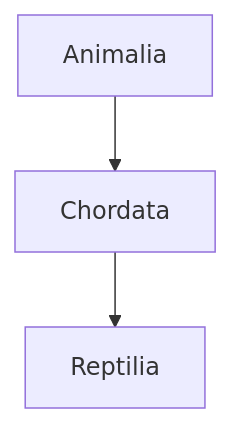
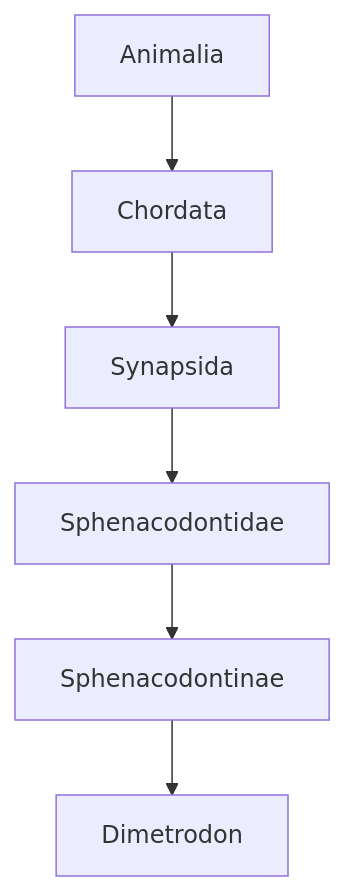
The diagram in readme.md (jackdixonryan/JWE2-Taxonomy), drawn with Mermaid before and after one commit.

Commit message:
Update readme.md
Added Dimetrodon

````diff
--- a/readme.md
+++ b/readme.md
@@ -3,6 +3,10 @@
 ```mermaid
 graph TD;
 
 Animalia-->Chordata
-Chordata-->Reptilia
+Chordata-->Synapsida
+Synapsida-->Sphenacodontidae
+Sphenacodontidae-->Sphenacodontinae
+Sphenacodontinae-->Dimetrodon
+
 ```
````
